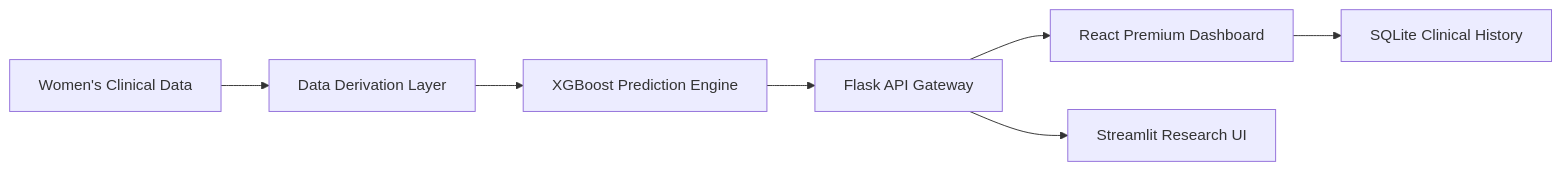
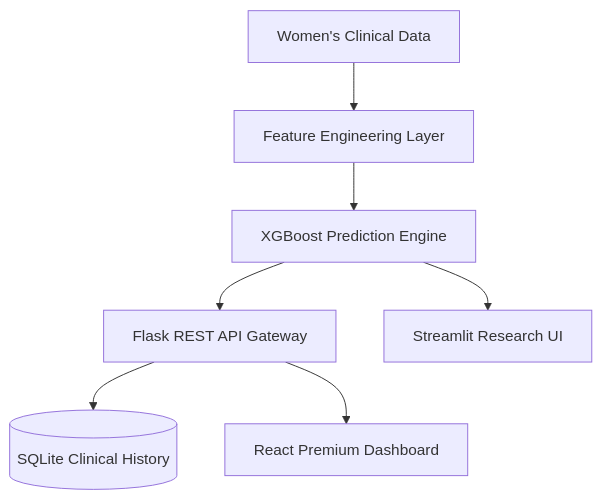
Before and after one commit to daksha2005/CardioWise_AI: the first of 2 diagrams in README.md, drawn with Mermaid. The commit also changed other lines of this file and 4 other files, not shown here.

````diff
--- a/README.md
+++ b/README.md
@@ -33,9 +33,9 @@
 ```mermaid
-graph LR
-    A[Women's Clinical Data] --> B[Data Derivation Layer]
-    B --> C[XGBoost Prediction Engine]
-    C --> D[Flask API Gateway]
-    D --> E[React Premium Dashboard]
-    D --> F[Streamlit Research UI]
-    E --> G[SQLite Clinical History]
+graph TD
+    Data[Women's Clinical Data] --> FeatureLayer[Feature Engineering Layer]
+    FeatureLayer --> XGBoost[XGBoost Prediction Engine]
+    XGBoost --> FlaskAPI[Flask REST API Gateway]
+    FlaskAPI --> DB[(SQLite Clinical History)]
+    FlaskAPI --> ReactUI[React Premium Dashboard]
+    XGBoost --> StreamlitUI[Streamlit Research UI]
 ```
````
